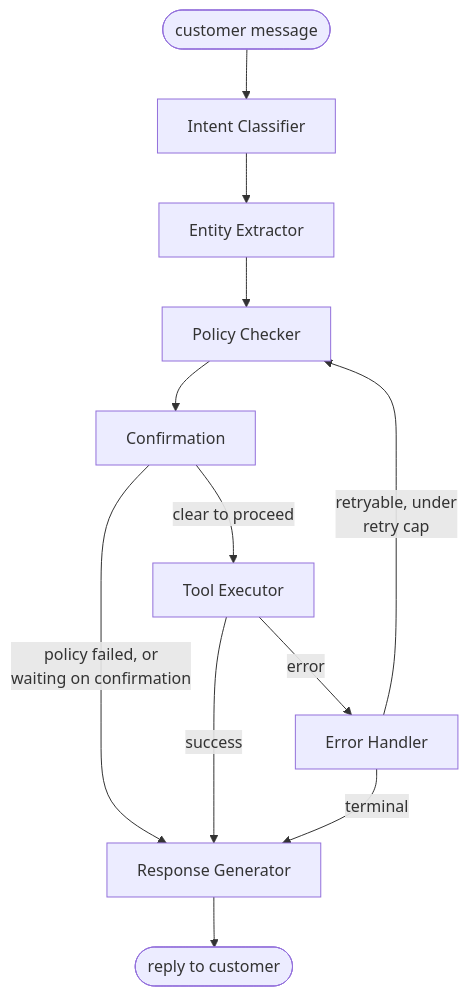
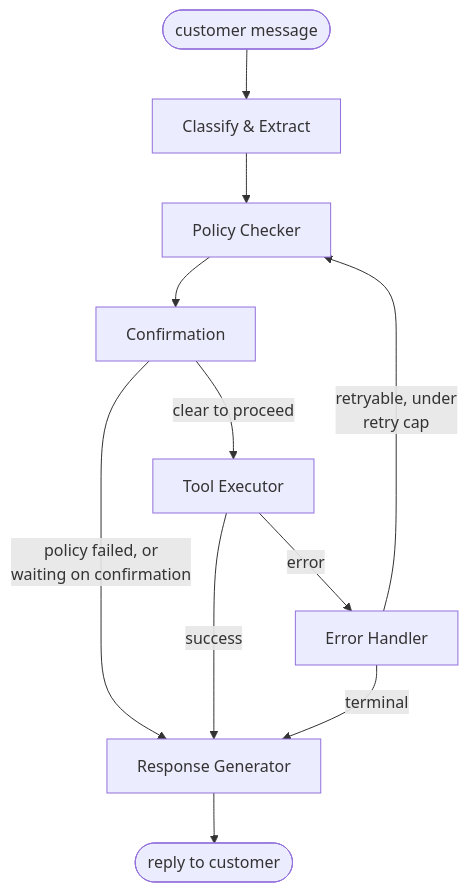
One commit to nourrosama/ticket-booking-agent changed the diagram in README.md. Above: the diagram before and after it, drawn with Mermaid. The commit also changed other lines of this file and 4 other files, not shown here.

First line of the commit message:
refactor: merge intent classifier + entity extractor into one LLM call

````diff
--- a/README.md
+++ b/README.md
@@ -41,14 +41,13 @@
 ```mermaid
 flowchart TD
-    START([customer message]) --> IC[Intent Classifier]
-    IC --> EE[Entity Extractor]
-    EE --> PC[Policy Checker]
+    START([customer message]) --> CE[Classify & Extract]
+    CE --> PC[Policy Checker]
     PC --> CF[Confirmation]
     CF -->|policy failed, or<br/>waiting on confirmation| RG[Response Generator]
     CF -->|clear to proceed| TE[Tool Executor]
     TE -->|error| EH[Error Handler]
     TE -->|success| RG
     EH -->|retryable, under<br/>retry cap| PC
     EH -->|terminal| RG
     RG --> END([reply to customer])
 ```
````
